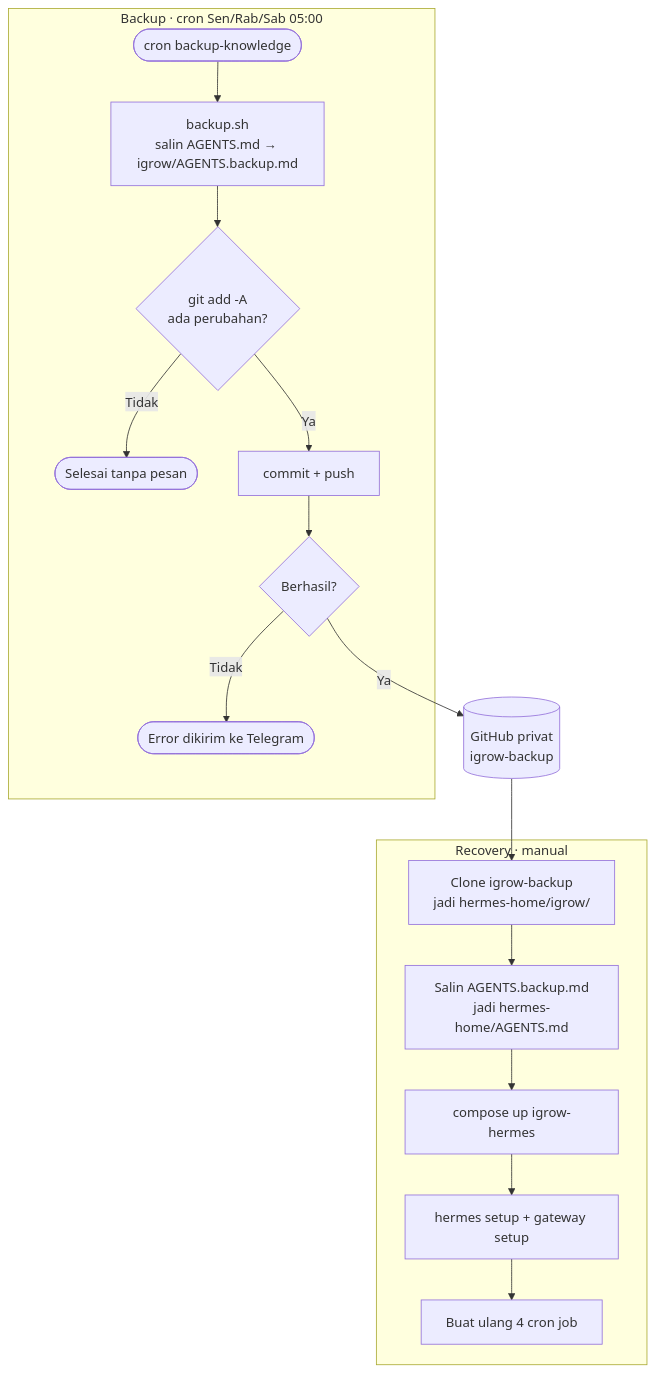
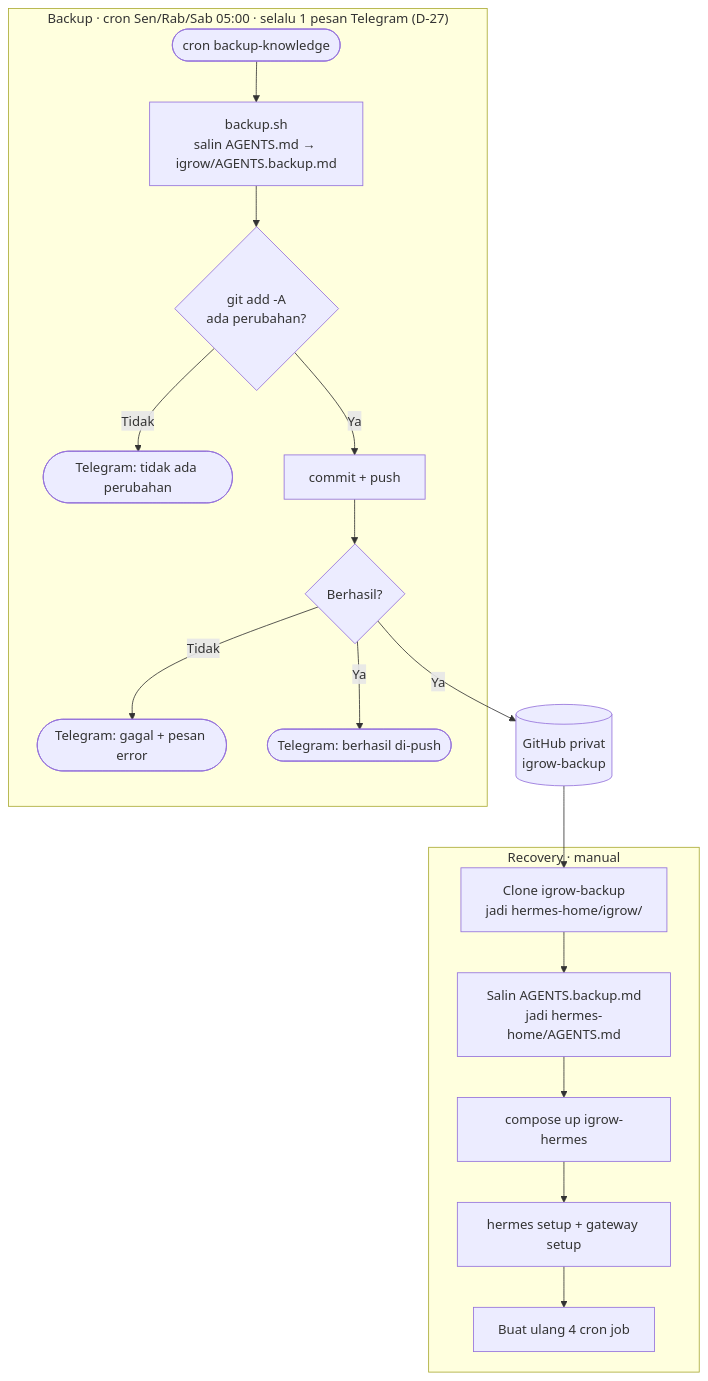
One commit to nuridho/igrow changed the fourth of 4 diagrams in PRD/04-architecture.md. Above: the diagram before and after it, drawn with Mermaid. The commit also changed other lines of this file and 10 other files, not shown here.

````diff
--- a/PRD/04-architecture.md
+++ b/PRD/04-architecture.md
@@ -172,19 +172,20 @@
 ```mermaid
 flowchart TD
-    subgraph backup["Backup · cron Sen/Rab/Sab 05:00"]
+    subgraph backup["Backup · cron Sen/Rab/Sab 05:00 · selalu 1 pesan Telegram (D-27)"]
         b1(["cron backup-knowledge"]) --> b2["backup.sh<br/>salin AGENTS.md → igrow/AGENTS.backup.md"]
         b2 --> b3{"git add -A<br/>ada perubahan?"}
-        b3 -- Tidak --> b4(["Selesai tanpa pesan"])
+        b3 -- Tidak --> b4(["Telegram: tidak ada perubahan"])
         b3 -- Ya --> b5["commit + push"]
         b5 --> b6{"Berhasil?"}
-        b6 -- Tidak --> b7(["Error dikirim ke Telegram"])
+        b6 -- Tidak --> b7(["Telegram: gagal + pesan error"])
+        b6 -- Ya --> b8(["Telegram: berhasil di-push"])
     end
     b6 -- Ya --> gh[("GitHub privat<br/>igrow-backup")]
     subgraph recovery["Recovery · manual"]
         r1["Clone igrow-backup<br/>jadi hermes-home/igrow/"] --> r2["Salin AGENTS.backup.md<br/>jadi hermes-home/AGENTS.md"]
         r2 --> r3["compose up igrow-hermes"]
         r3 --> r4["hermes setup + gateway setup"]
         r4 --> r5["Buat ulang 4 cron job"]
     end
     gh --> r1
 ```
````
